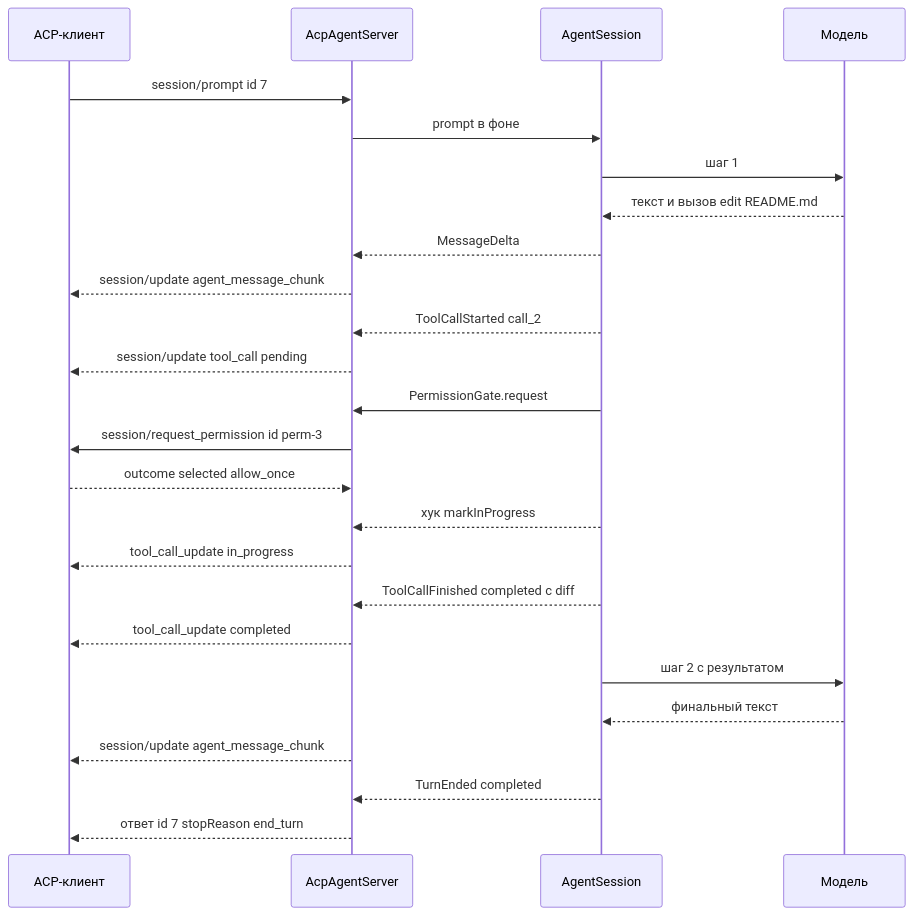
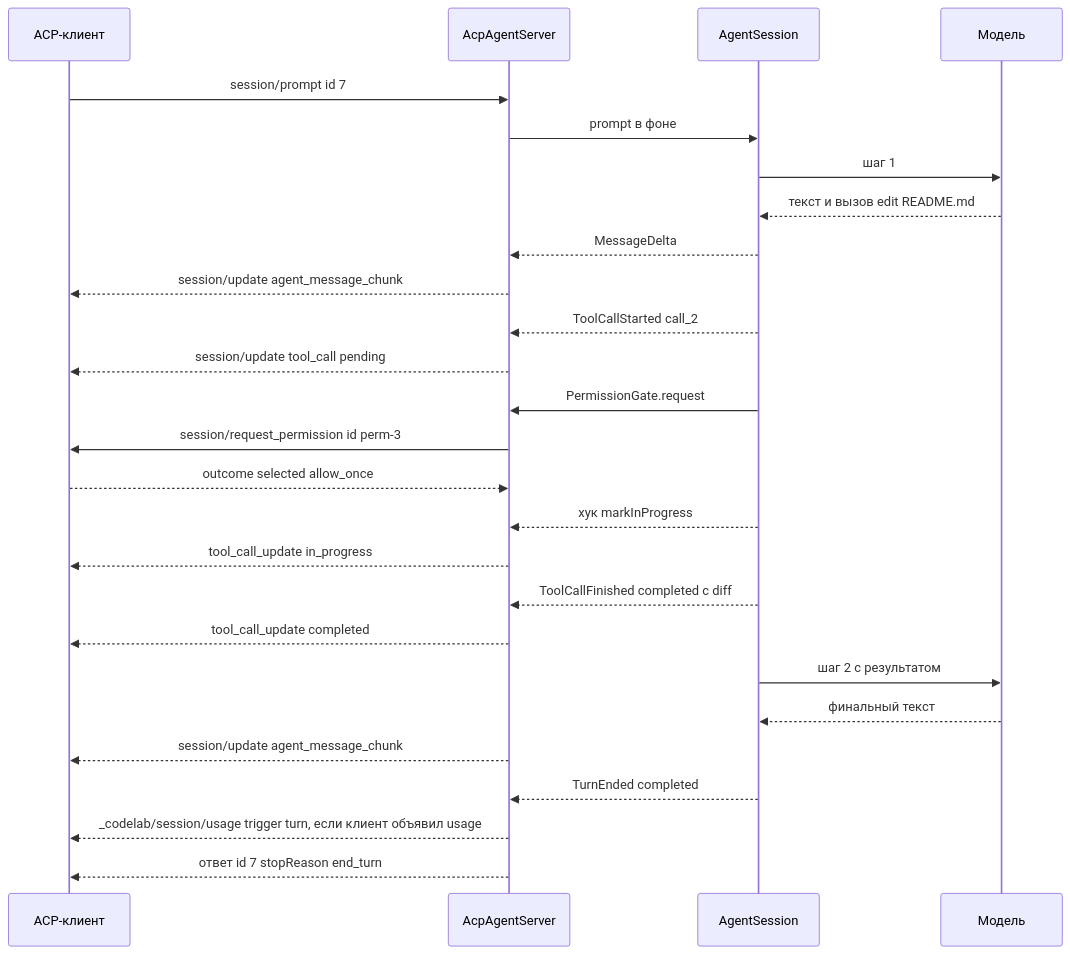
One commit to pese-git/codelab-app changed the first of 3 diagrams in docs/architecture/proposals/agent-core/13-acp-adapter.md. Above: the diagram before and after it, drawn with Mermaid. The commit also changed other lines of this file and 22 other files, not shown here.

Commit message:
docs: change add-usage-extension — расширение ACP _codelab/session/usage по правилам 15-Extensibility, решения Q1–Q9 и D1–D17, итерация 0

````diff
--- a/docs/architecture/proposals/agent-core/13-acp-adapter.md
+++ b/docs/architecture/proposals/agent-core/13-acp-adapter.md
@@ -877,27 +880,28 @@
 ```mermaid
 sequenceDiagram
     participant C as ACP-клиент
     participant A as AcpAgentServer
     participant S as AgentSession
     participant M as Модель
     C->>A: session/prompt id 7
     A->>S: prompt в фоне
     S->>M: шаг 1
     M-->>S: текст и вызов edit README.md
     S-->>A: MessageDelta
     A-->>C: session/update agent_message_chunk
     S-->>A: ToolCallStarted call_2
     A-->>C: session/update tool_call pending
     S->>A: PermissionGate.request
     A->>C: session/request_permission id perm-3
     C-->>A: outcome selected allow_once
     S-->>A: хук markInProgress
     A-->>C: tool_call_update in_progress
     S-->>A: ToolCallFinished completed с diff
     A-->>C: tool_call_update completed
     S->>M: шаг 2 с результатом
     M-->>S: финальный текст
     A-->>C: session/update agent_message_chunk
     S-->>A: TurnEnded completed
+    A-->>C: _codelab/session/usage trigger turn, если клиент объявил usage
     A-->>C: ответ id 7 stopReason end_turn
 ```
````
